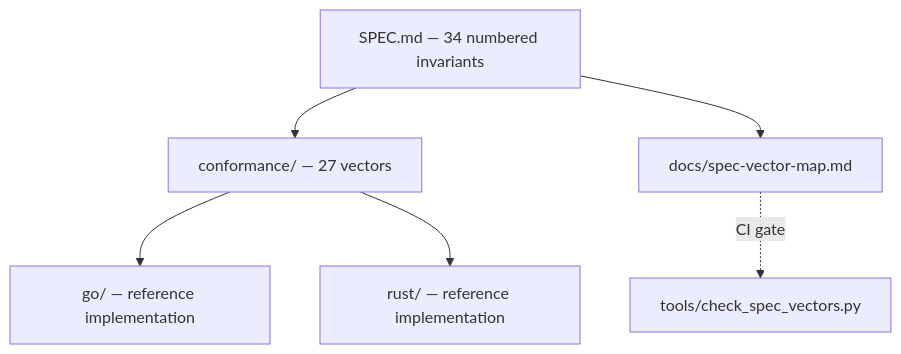
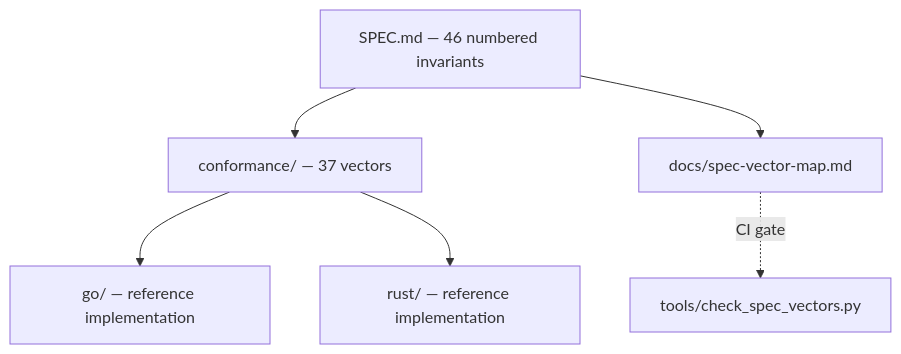
The diagram in docs/en/architecture.md (CentralInfraCore/cic-object-model), drawn with Mermaid before and after one commit. The commit also changed 8 other files, not shown here.

````diff
--- a/docs/en/architecture.md
+++ b/docs/en/architecture.md
@@ -9,8 +9,8 @@
 ```mermaid
 graph TD
-    S[SPEC.md — 34 numbered invariants] --> V[conformance/ — 27 vectors]
+    S[SPEC.md — 46 numbered invariants] --> V[conformance/ — 37 vectors]
     S --> M[docs/spec-vector-map.md]
     V --> G[go/ — reference implementation]
     V --> R[rust/ — reference implementation]
     M -.->|CI gate| C[tools/check_spec_vectors.py]
 ```
````
